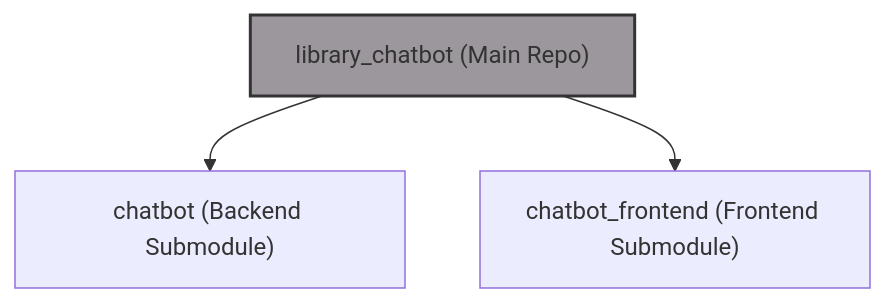
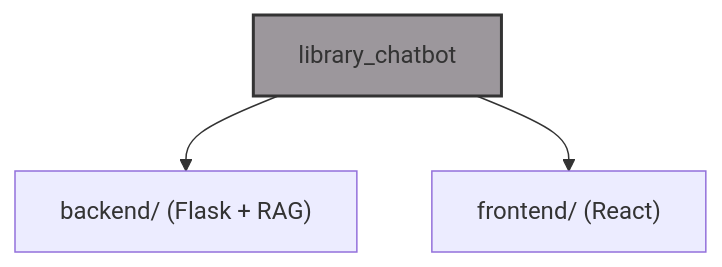
Before and after one commit to Mehmetmrtgl/library_chatbot: the second of 3 diagrams in README.md, drawn with Mermaid. The commit also changed other lines of this file and 5 other files, not shown here.

````diff
--- a/README.md
+++ b/README.md
@@ -60,6 +59,6 @@
 ```mermaid
 graph TD
-    A["library_chatbot (Main Repo)"] --> B["chatbot (Backend Submodule)"]
-    A --> C["chatbot_frontend (Frontend Submodule)"]
+    A["library_chatbot"] --> B["backend/ (Flask + RAG)"]
+    A --> C["frontend/ (React)"]
     style A fill:#9c979c,stroke:#333,stroke-width:2px
 ```
````
